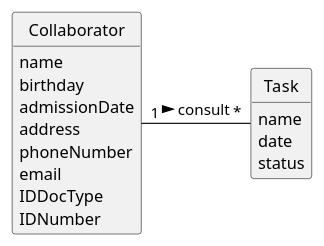
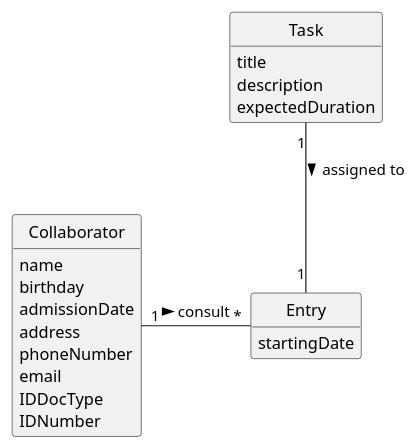
One commit to daniel41silva05/ISEP_2023_2024_LAPR2 changed the diagram in docs/sprintA&B&C/us028/02.analysis/puml/us028-domain-model.puml. Above: the diagram before and after it, drawn with PlantUML.

Commit message:
US28 Domain Model Correction

```diff
--- a/docs/sprintA&B&C/us028/02.analysis/puml/us028-domain-model.puml
+++ b/docs/sprintA&B&C/us028/02.analysis/puml/us028-domain-model.puml
@@ -1,39 +1,43 @@
 @startuml
 skinparam monochrome true
 skinparam packageStyle rectangle
 skinparam shadowing false
 
 
 skinparam classAttributeIconSize 0
 
 hide circle
 hide methods
 
 'title Domain Model
 
 'class Platform {
 '  -description
 '}
 
 class Collaborator {
     name
     birthday
     admissionDate
     address
     phoneNumber
     email
     IDDocType
     IDNumber
 }
 
 class Task {
-    name
-    date
-    status
+    title
+    description
+    expectedDuration
+}
+
+class Entry {
+    startingDate
 }
 
 
-
-Collaborator "1" - "*" Task : consult >
+Collaborator "1" - "*" Entry : consult >
+Task "1" -- "1" Entry : assigned to >
 
 @enduml
```
